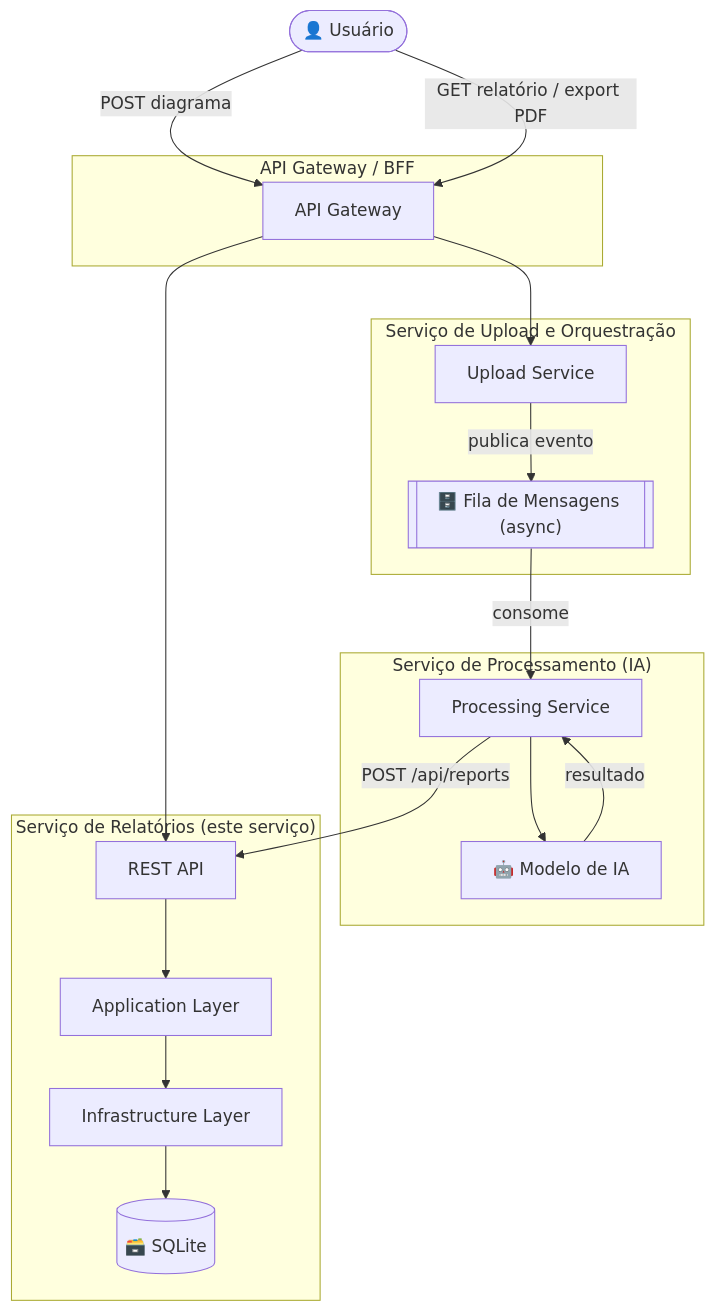
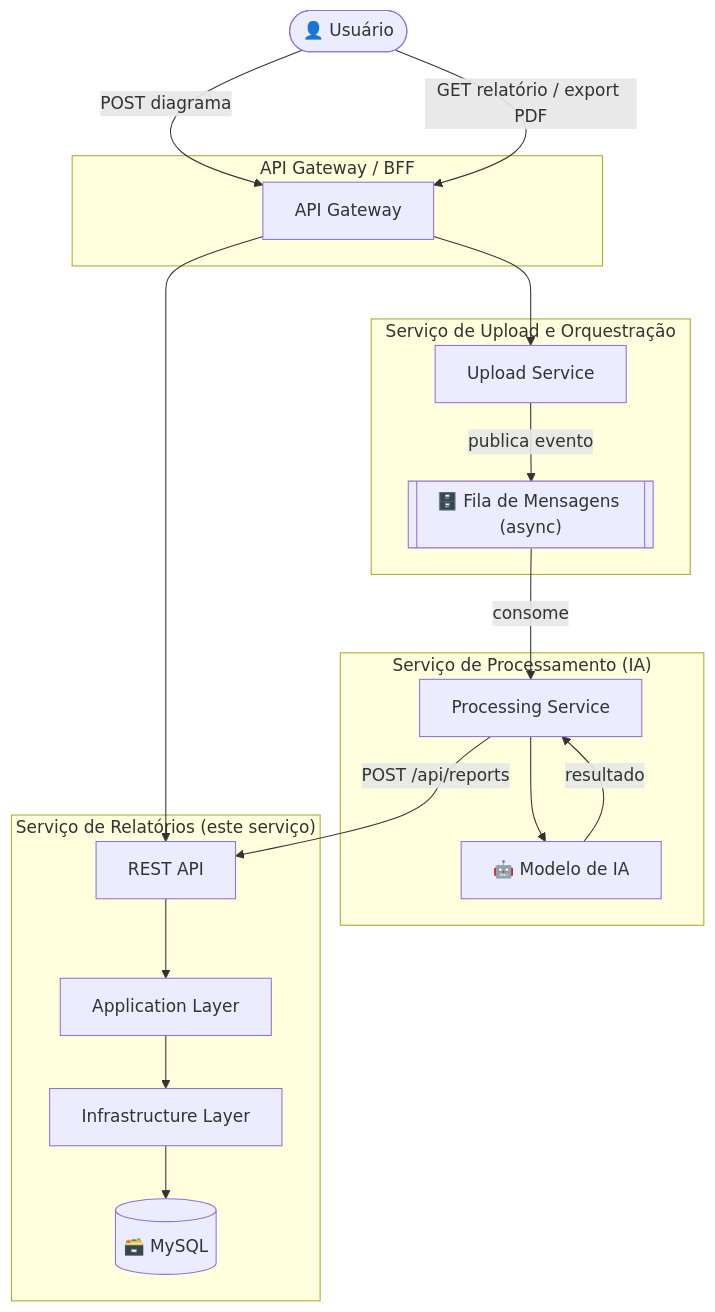
The diagram in README.md (FIAP-SOAT-Net/fiap-soat-hackaton-reports), drawn with Mermaid before and after one commit. The commit also changed other lines of this file and 1 other file, not shown here.

First line of the commit message:
docs: atualizar README e diagrama para refletir migração para MySQL

````diff
--- a/README.md
+++ b/README.md
@@ -25,37 +25,37 @@
 ```mermaid
 graph TD
     User(["👤 Usuário"])
 
     subgraph Gateway["API Gateway / BFF"]
         GW["API Gateway"]
     end
 
     subgraph Upload["Serviço de Upload e Orquestração"]
         UPL["Upload Service"]
         QUEUE[["🗄️ Fila de Mensagens (async)"]]
     end
 
     subgraph Processing["Serviço de Processamento (IA)"]
         PROC["Processing Service"]
         AI["🤖 Modelo de IA"]
     end
 
     subgraph Reports["Serviço de Relatórios (este serviço)"]
         API["REST API"]
         APP["Application Layer"]
         INFRA["Infrastructure Layer"]
-        DB[("🗃️ SQLite")]
+        DB[("🗃️ MySQL")]
     end
 
     User -->|"POST diagrama"| GW
     GW --> UPL
     UPL -->|"publica evento"| QUEUE
     QUEUE -->|"consome"| PROC
     PROC --> AI
     AI -->|"resultado"| PROC
     PROC -->|"POST /api/reports"| API
     API --> APP --> INFRA --> DB
 
     User -->|"GET relatório / export PDF"| GW
     GW --> API
 ```
````
